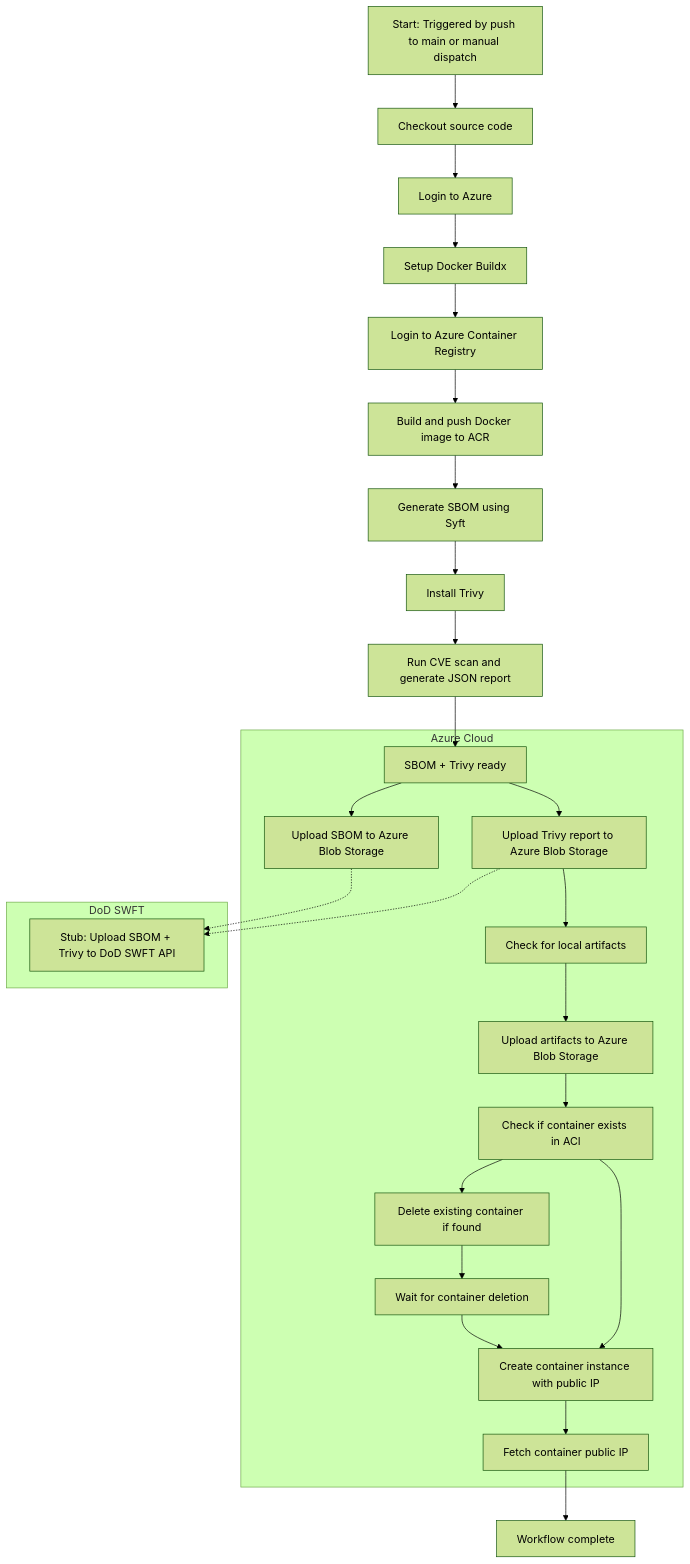
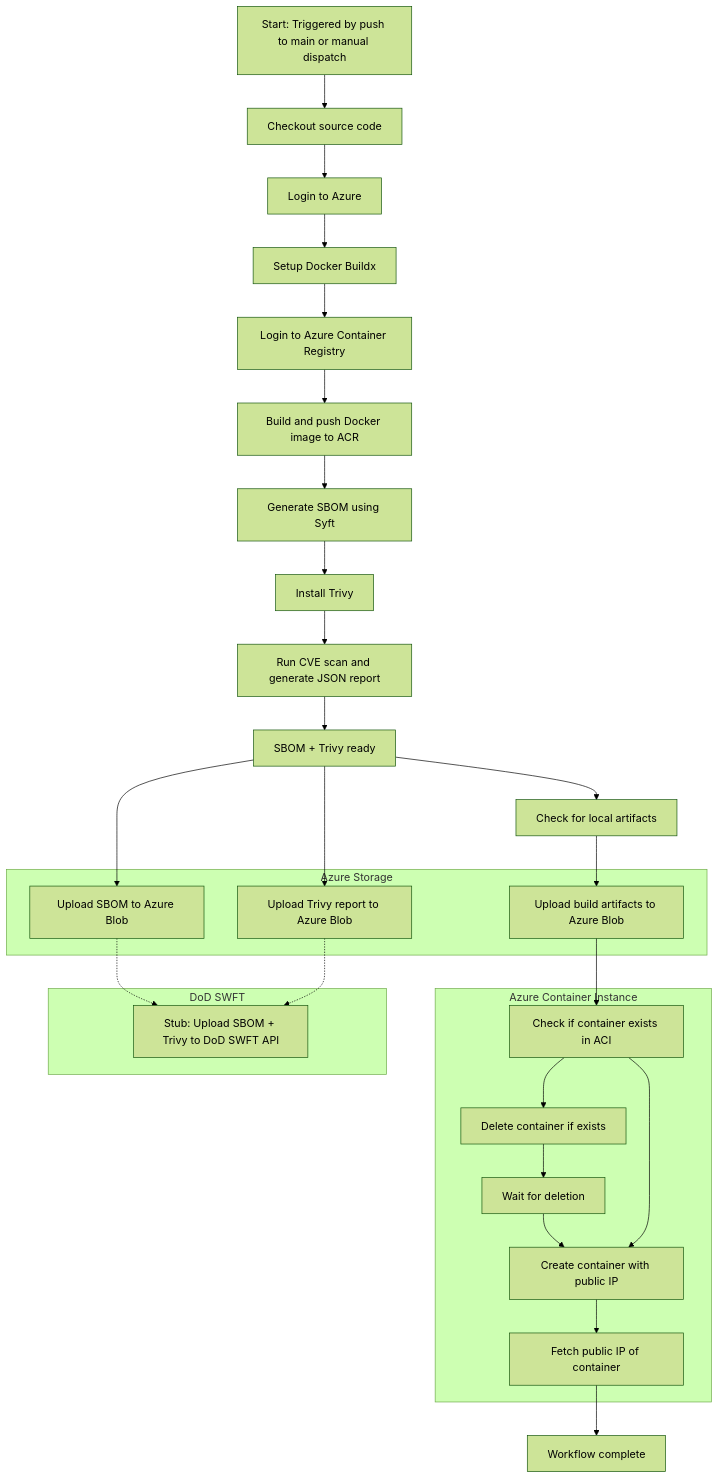
The third of 3 diagrams in explore/swft-pipeline.md (marlinspike/swft), drawn with Mermaid (forest theme) before and after one commit. The commit also changed 1 other file, not shown here.

Commit message:
added cosign

````diff
--- a/explore/swft-pipeline.md
+++ b/explore/swft-pipeline.md
@@ -146,40 +146,53 @@
 ```mermaid
 graph TD
   start[Start: Triggered by push to main or manual dispatch]
 
   start --> checkout[Checkout source code]
   checkout --> azure_login[Login to Azure]
   azure_login --> buildx[Setup Docker Buildx]
   buildx --> acr_login[Login to Azure Container Registry]
   acr_login --> docker_build[Build and push Docker image to ACR]
   docker_build --> generate_sbom[Generate SBOM using Syft]
   generate_sbom --> install_trivy[Install Trivy]
   install_trivy --> trivy_scan[Run CVE scan and generate JSON report]
 
-  trivy_scan --> sbom_ready[SBOM + Trivy ready]
+  trivy_scan --> analysis_complete[SBOM + Trivy ready]
 
-  subgraph Azure Cloud
-    sbom_ready --> upload_sbom_azure[Upload SBOM to Azure Blob Storage]
-    sbom_ready --> upload_trivy_azure[Upload Trivy report to Azure Blob Storage]
-
-    upload_trivy_azure --> artifacts_check[Check for local artifacts]
-    artifacts_check --> upload_artifacts_azure[Upload artifacts to Azure Blob Storage]
-
-    upload_artifacts_azure --> deploy_check[Check if container exists in ACI]
-    deploy_check --> delete_container[Delete existing container if found]
-    delete_container --> wait_delete[Wait for container deletion]
-    wait_delete --> create_container[Create container instance with public IP]
-    deploy_check --> create_container
-    create_container --> get_ip[Fetch container public IP]
+  %% Azure Blob Storage
+  subgraph Azure Storage
+    upload_sbom_azure[Upload SBOM to Azure Blob]
+    upload_trivy_azure[Upload Trivy report to Azure Blob]
+    upload_artifacts_azure[Upload build artifacts to Azure Blob]
   end
 
+  analysis_complete --> upload_sbom_azure
+  analysis_complete --> upload_trivy_azure
+  analysis_complete --> artifact_check[Check for local artifacts]
+  artifact_check --> upload_artifacts_azure
+
+  %% Azure ACI Deployment
+  subgraph Azure Container Instance
+    deploy_check[Check if container exists in ACI]
+    delete_container[Delete container if exists]
+    wait_delete[Wait for deletion]
+    create_container[Create container with public IP]
+    get_ip[Fetch public IP of container]
+  end
+
+  upload_artifacts_azure --> deploy_check
+  deploy_check --> delete_container
+  delete_container --> wait_delete
+  wait_delete --> create_container
+  deploy_check --> create_container
+  create_container --> get_ip
   get_ip --> workflow_complete[Workflow complete]
 
-  %% Isolated DoD SWFT block
+  %% DoD SWFT
   subgraph DoD SWFT
     swft_upload[Stub: Upload SBOM + Trivy to DoD SWFT API]
   end
 
   upload_sbom_azure -.-> swft_upload
   upload_trivy_azure -.-> swft_upload
+
 ```
````
